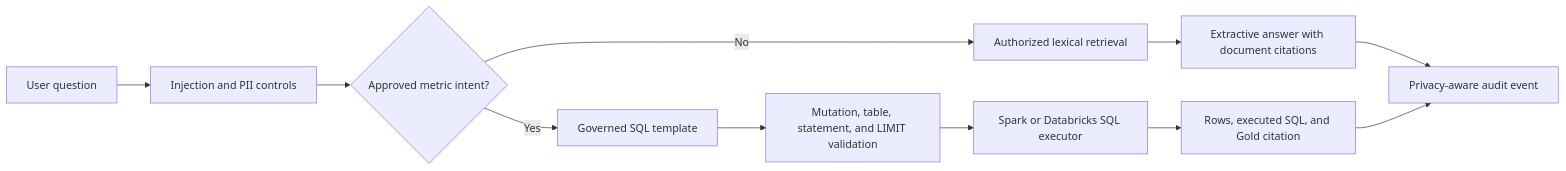
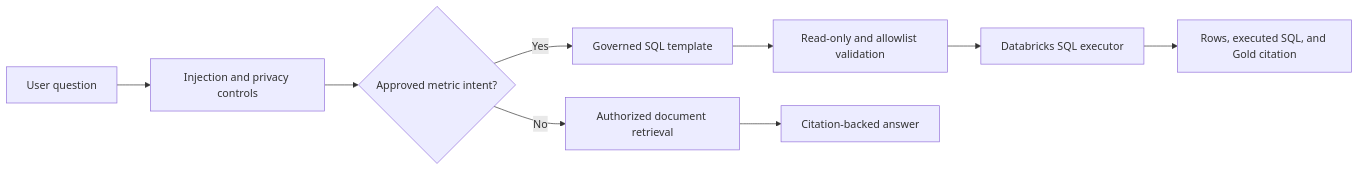
Before and after one commit to prasanthpalle77-ctrl/Retail-project-: the diagram in docs/rag_copilot.md, drawn with Mermaid. The commit also changed other lines of this file and 53 other files, not shown here.

````diff
--- a/docs/rag_copilot.md
+++ b/docs/rag_copilot.md
@@ -7,13 +5,11 @@
 ```mermaid
 flowchart LR
-    Q["User question"] --> G["Injection and PII controls"]
+    Q["User question"] --> G["Injection and privacy controls"]
     G --> I{"Approved metric intent?"}
     I -->|Yes| T["Governed SQL template"]
-    T --> V["Mutation, table, statement, and LIMIT validation"]
-    V --> X["Spark or Databricks SQL executor"]
-    I -->|No| R["Authorized lexical retrieval"]
-    R --> E["Extractive answer with document citations"]
+    T --> V["Read-only and allowlist validation"]
+    V --> X["Databricks SQL executor"]
+    I -->|No| R["Authorized document retrieval"]
+    R --> E["Citation-backed answer"]
     X --> A["Rows, executed SQL, and Gold citation"]
-    E --> L["Privacy-aware audit event"]
-    A --> L
 ```
````
